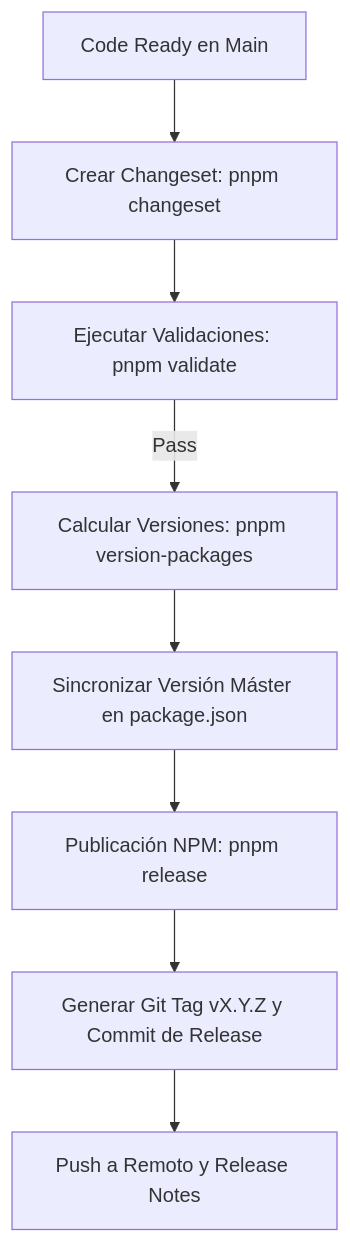
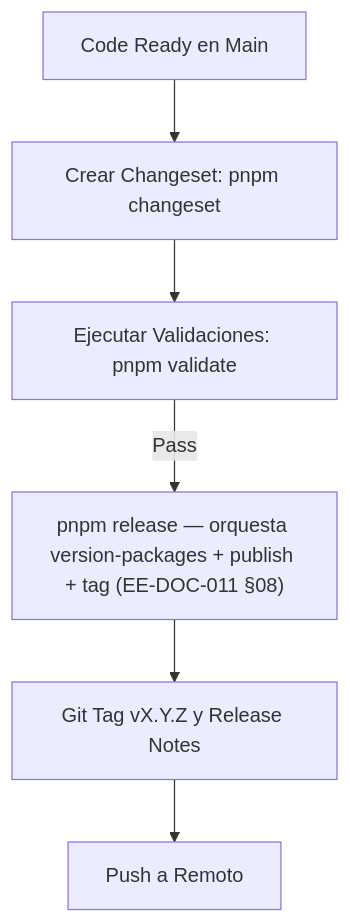
One commit to EQ-LABS-TECH/ee-monorepo changed diagram 13 of 15 in docs/architecture/EE-DOC-005_Development_Workflow.md. Above: the diagram before and after it, drawn with Mermaid. The commit also changed other lines of this file and 14 other files, not shown here.

````diff
--- a/docs/architecture/EE-DOC-005_Development_Workflow.md
+++ b/docs/architecture/EE-DOC-005_Development_Workflow.md
@@ -1357,10 +1372,8 @@
 ```mermaid
 flowchart TD
     A[Code Ready en Main] --> B[Crear Changeset: pnpm changeset]
     B --> C[Ejecutar Validaciones: pnpm validate]
-    C -->|Pass| D[Calcular Versiones: pnpm version-packages]
-    D --> E[Sincronizar Versión Máster en package.json]
-    E --> F[Publicación NPM: pnpm release]
-    F --> G[Generar Git Tag vX.Y.Z y Commit de Release]
-    G --> H[Push a Remoto y Release Notes]
+    C -->|Pass| D["pnpm release — orquesta version-packages + publish + tag (EE-DOC-011 §08)"]
+    D --> E[Git Tag vX.Y.Z y Release Notes]
+    E --> F[Push a Remoto]
 ```
````
